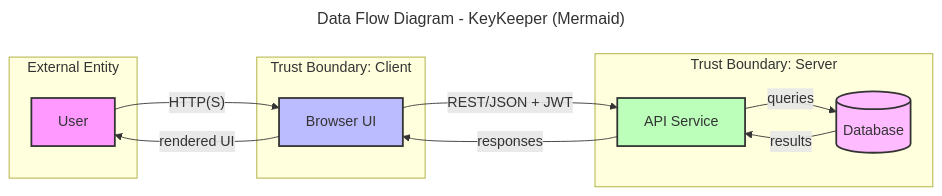
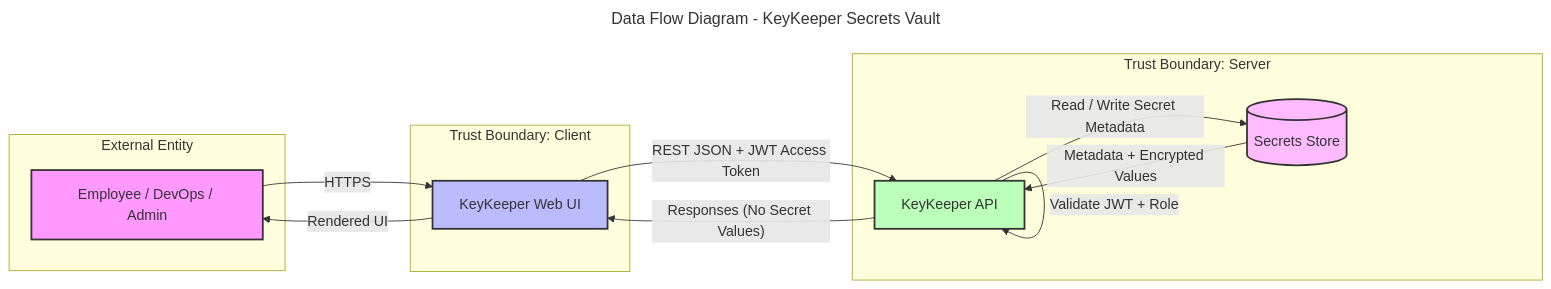
One commit to osteinke/security-capstone-student changed the diagram in 05-keykeeper/threat-model/dfd.mmd. Above: the diagram before and after it, drawn with Mermaid.

Commit message:
add diagram

```diff
--- a/05-keykeeper/threat-model/dfd.mmd
+++ b/05-keykeeper/threat-model/dfd.mmd
@@ -1,36 +1,37 @@
 ---
-title: Data Flow Diagram - KeyKeeper (Mermaid)
+title: Data Flow Diagram - KeyKeeper Secrets Vault
 ---
 
 flowchart LR
 
 subgraph External["External Entity"]
-    User[User]
+    User[Employee / DevOps / Admin]
 end
 
 subgraph ClientTrust["Trust Boundary: Client"]
-    FE[Browser UI]
+    FE[KeyKeeper Web UI]
 end
 
 subgraph ServerTrust["Trust Boundary: Server"]
-    API[API Service]
-    DB[(Database)]
+    API[KeyKeeper API]
+    DB[(Secrets Store)]
 end
 
-User -->|"HTTP(S)"| FE
-FE -->|"REST/JSON + JWT"| API
-API -->|"queries"| DB
-DB -->|"results"| API
-API -->|"responses"| FE
-FE -->|"rendered UI"| User
+User -->|"HTTPS"| FE
+FE -->|"REST JSON + JWT Access Token"| API
+API -->|"Validate JWT + Role"| API
+API -->|"Read / Write Secret Metadata"| DB
+DB -->|"Metadata + Encrypted Values"| API
+API -->|"Responses (No Secret Values)"| FE
+FE -->|"Rendered UI"| User
 
 %% Styling
 classDef external fill:#f9f,stroke:#333,stroke-width:2px
 classDef client fill:#bbf,stroke:#333,stroke-width:2px
 classDef server fill:#bfb,stroke:#333,stroke-width:2px
 classDef database fill:#fbf,stroke:#333,stroke-width:2px
 
 class User external
 class FE client
 class API server
 class DB database
```
